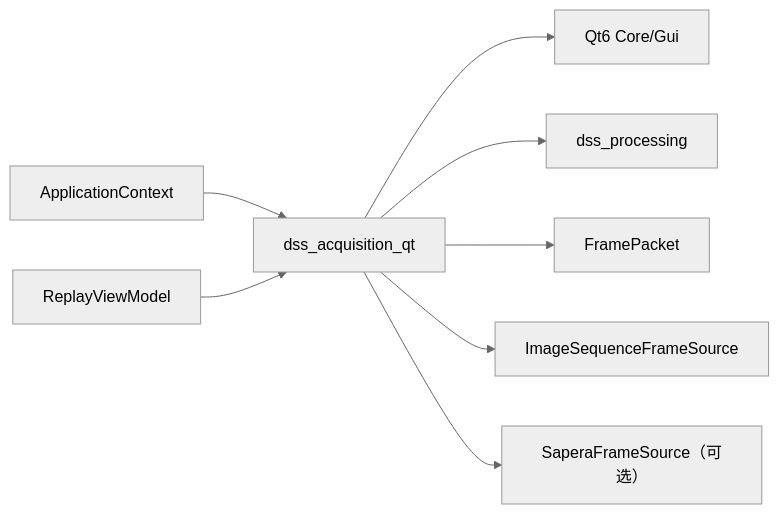
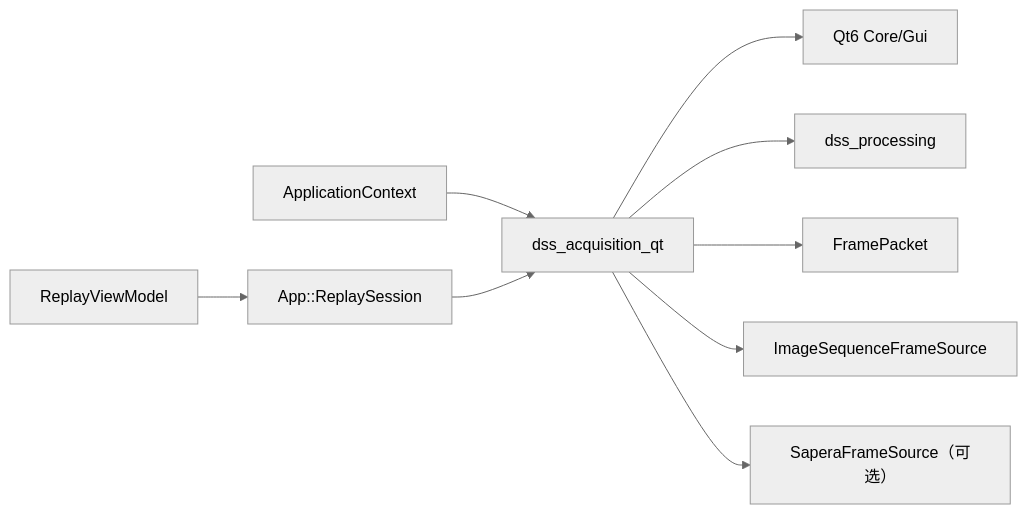
Before and after one commit to with-fair-wind/1mZGG: the first of 6 diagrams in docs/module-acquisition.md, drawn with Mermaid (neutral theme). The commit also changed other lines of this file and 116 other files, not shown here.

````diff
--- a/docs/module-acquisition.md
+++ b/docs/module-acquisition.md
@@ -103,10 +103,11 @@
 ```mermaid
 flowchart LR
     ACQ["dss_acquisition_qt"] --> QT["Qt6 Core/Gui"]
     ACQ --> PROC["dss_processing"]
     ACQ --> FRAME["FramePacket"]
     ACQ --> REPLAY["ImageSequenceFrameSource"]
     ACQ --> LIVE["SaperaFrameSource（可选）"]
     APP["ApplicationContext"] --> ACQ
-    UI["ReplayViewModel"] --> ACQ
+    UI["ReplayViewModel"] --> SESSION["App::ReplaySession"]
+    SESSION --> ACQ
 ```
````
